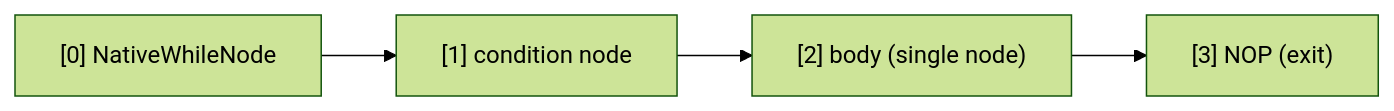
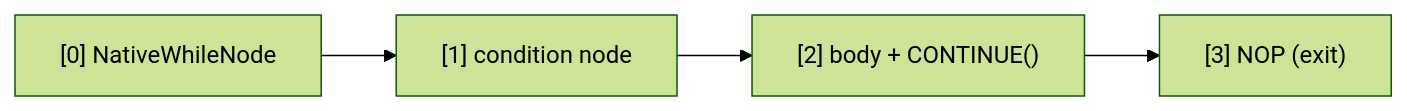
Before and after one commit to AmritaBot/AmritaSense: the third of 4 diagrams in docs/guide/advanced/native_control_flow.md, drawn with Mermaid (forest theme). The commit also changed other lines of this file and 102 other files, not shown here.

````diff
--- a/docs/guide/advanced/native_control_flow.md
+++ b/docs/guide/advanced/native_control_flow.md
@@ -96,8 +103,8 @@
 ```mermaid
 graph LR
     while["[0] NativeWhileNode"]
     cond["[1] condition node"]
-    body["[2] body (single node)"]
+    body["[2] body + CONTINUE()"]
     nop["[3] NOP (exit)"]
     while --> cond --> body --> nop
 ```
````
